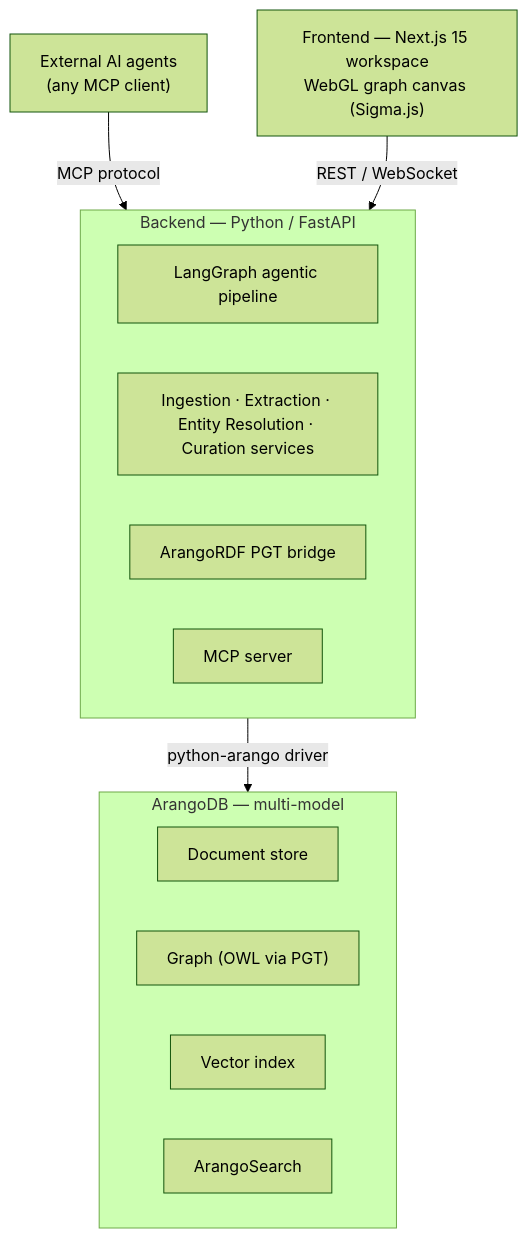
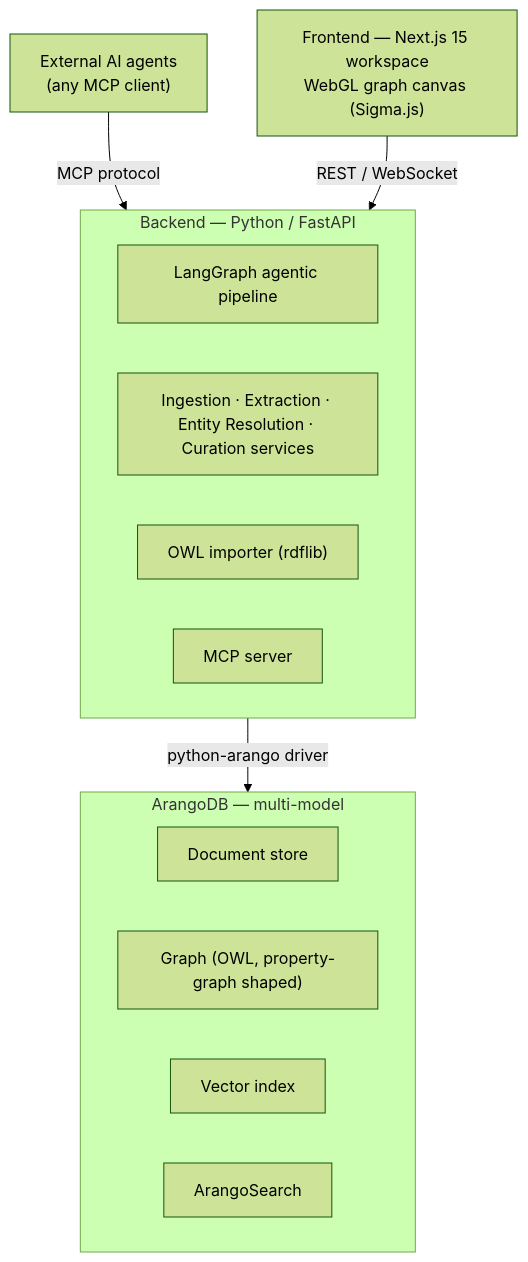
One commit to ArthurKeen/arango-ontoextract changed the second of 16 diagrams in docs/arango-ontoextract-medium-article.md. Above: the diagram before and after it, drawn with Mermaid (forest theme). The commit also changed other lines of this file and 3 other files, not shown here.

````diff
--- a/docs/arango-ontoextract-medium-article.md
+++ b/docs/arango-ontoextract-medium-article.md
@@ -87,18 +97,18 @@
 ```mermaid
 flowchart TB
     Agents["External AI agents<br/>(any MCP client)"] -->|MCP protocol| Backend
     UI["Frontend — Next.js 15 workspace<br/>WebGL graph canvas (Sigma.js)"] -->|REST / WebSocket| Backend
     subgraph Backend["Backend — Python / FastAPI"]
         Pipe["LangGraph agentic pipeline"]
         Svc["Ingestion · Extraction · Entity Resolution · Curation services"]
-        Bridge["ArangoRDF PGT bridge"]
+        Bridge["OWL importer (rdflib)"]
         MCPS["MCP server"]
     end
     Backend -->|python-arango driver| DB
     subgraph DB["ArangoDB — multi-model"]
         DocS["Document store"]
-        GraphS["Graph (OWL via PGT)"]
+        GraphS["Graph (OWL, property-graph shaped)"]
         VecS["Vector index"]
         SearchS["ArangoSearch"]
     end
 ```
````
